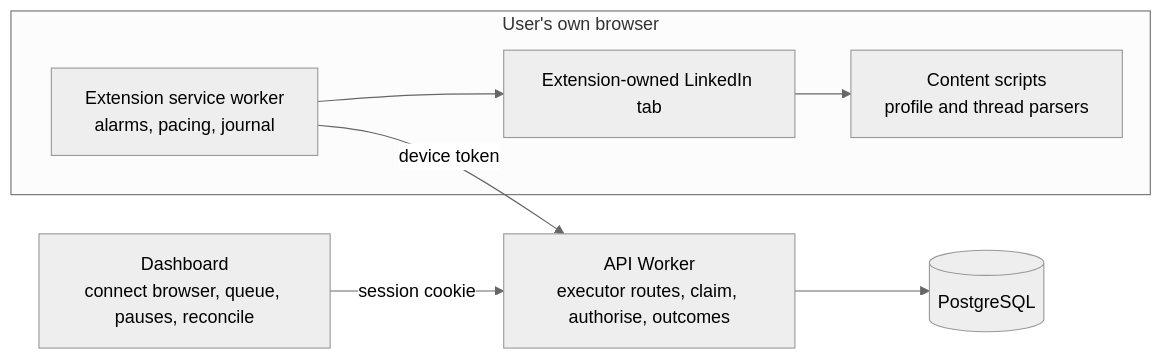
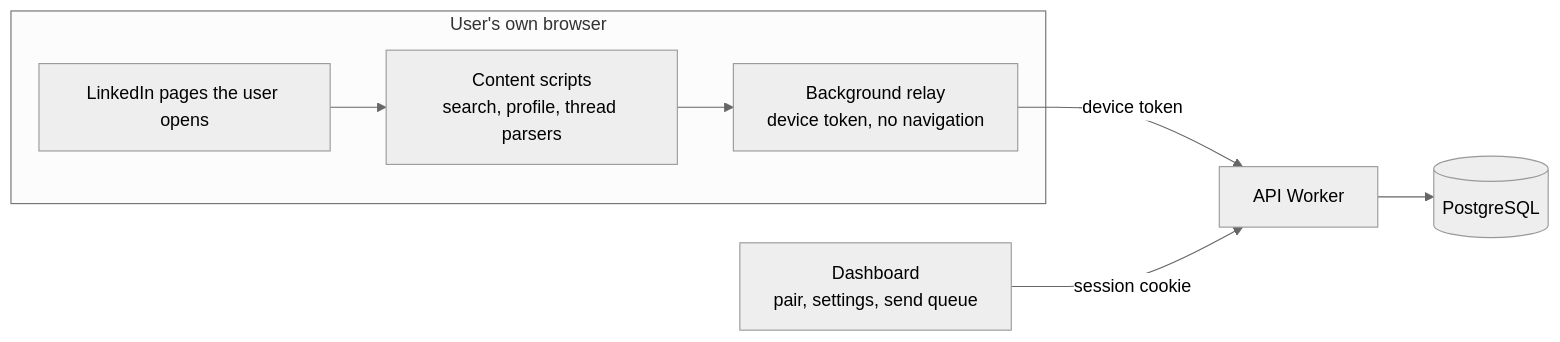
The diagram in docs/architecture/browser-execution.md (Shams261/Paced), drawn with Mermaid (neutral theme) before and after one commit. The commit also changed other lines of this file and 31 other files, not shown here.

First line of the commit message:
feat(executor): pair the browser and record what the user sees on enrolled people's pages

````diff
--- a/docs/architecture/browser-execution.md
+++ b/docs/architecture/browser-execution.md
@@ -17,15 +17,15 @@
 ```mermaid
 flowchart LR
   subgraph Browser[User's own browser]
-    SW[Extension service worker<br/>alarms, pacing, journal]
-    Tab[Extension-owned LinkedIn tab]
-    CS[Content scripts<br/>profile and thread parsers]
-    SW --> Tab --> CS
+    Pages[LinkedIn pages the user opens]
+    CS[Content scripts<br/>search, profile, thread parsers]
+    SW[Background relay<br/>device token, no navigation]
+    Pages --> CS --> SW
   end
-  D[Dashboard<br/>connect browser, queue, pauses, reconcile]
-  A[API Worker<br/>executor routes, claim, authorise, outcomes]
+  D[Dashboard<br/>pair, settings, send queue]
+  A[API Worker]
   DB[(PostgreSQL)]
   SW -- device token --> A
   D -- session cookie --> A
   A --> DB
 ```
````
